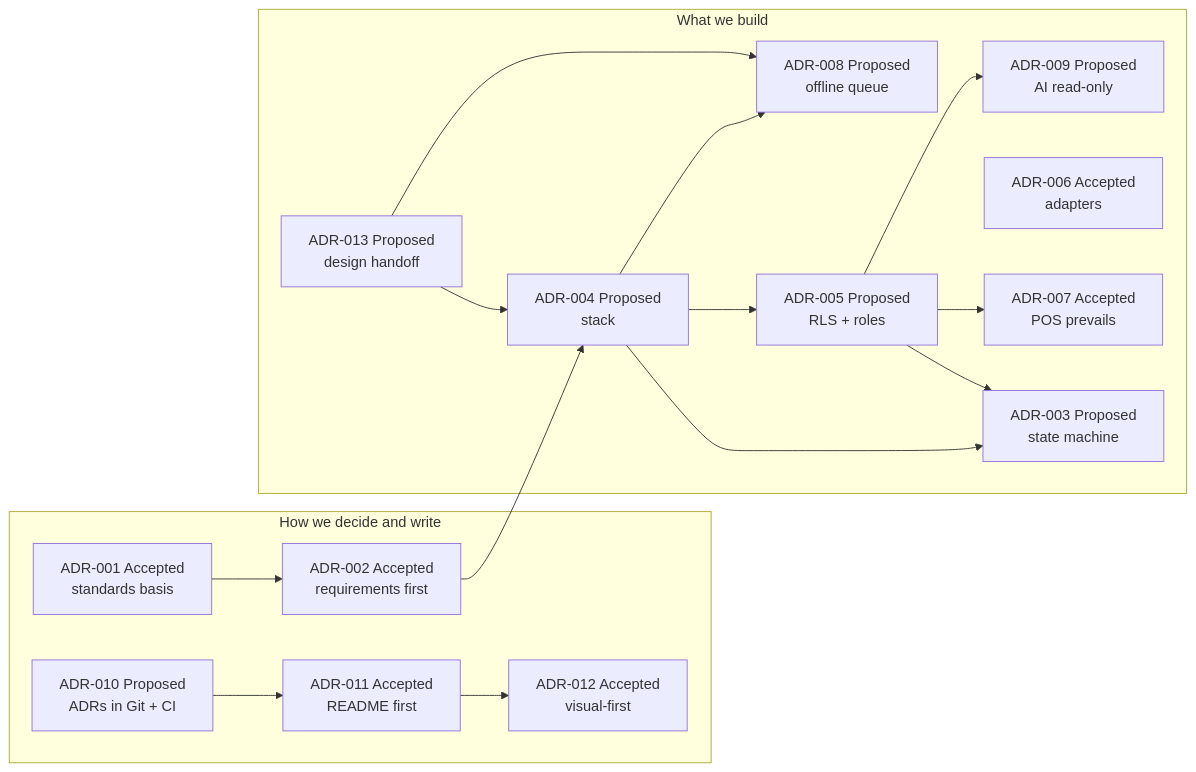
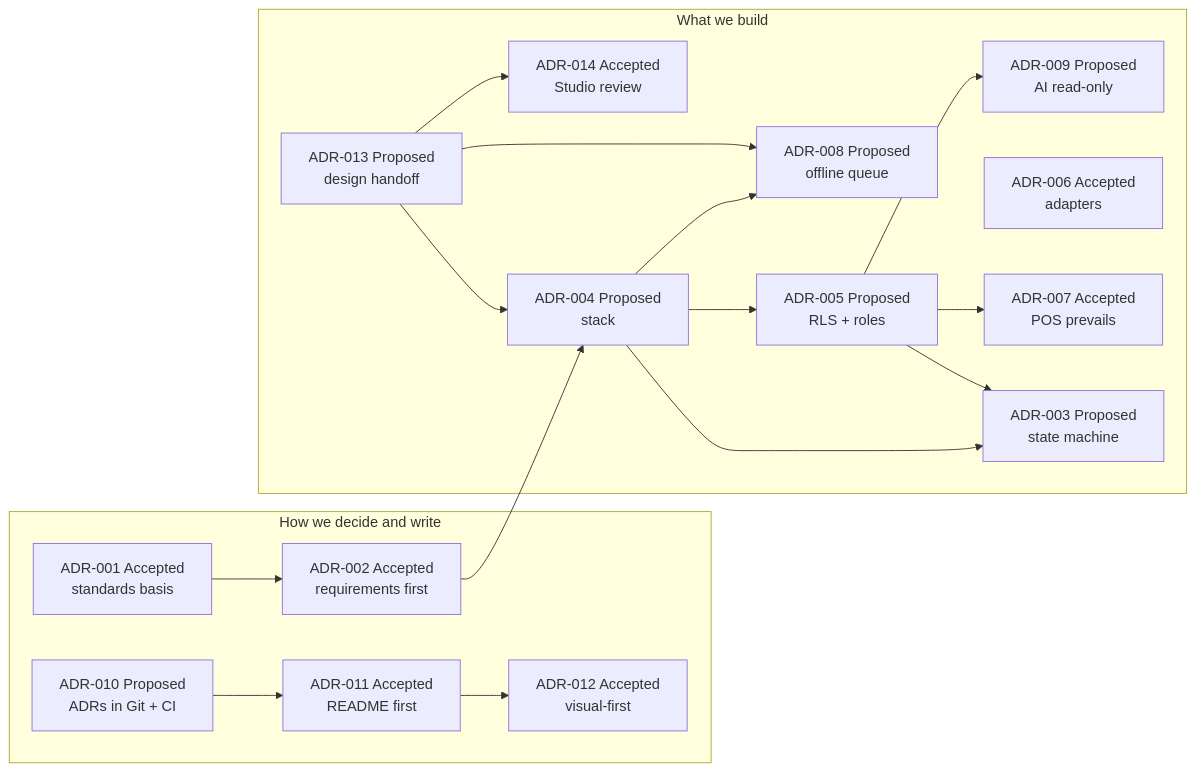
One commit to LOOPAPPdev/ABAP-MANEGEMENT changed the second of 3 diagrams in clients/prj-01-cleansea/docs/architecture/README.md. Above: the diagram before and after it, drawn with Mermaid. The commit also changed other lines of this file and 36 other files, not shown here.

````diff
--- a/clients/prj-01-cleansea/docs/architecture/README.md
+++ b/clients/prj-01-cleansea/docs/architecture/README.md
@@ -76,32 +77,34 @@
 ```mermaid
 flowchart LR
   accTitle: Dependencies between the ADRs
   accDescr: Process ADRs 001, 002, 010, 011 and 012 govern how decisions are written. ADR-004 sets the stack. ADRs 003, 005, 006, 007, 008, 009 and 013 depend on it or on each other.
   subgraph PROCESS["How we decide and write"]
     A1["ADR-001 Accepted<br/>standards basis"]
     A2["ADR-002 Accepted<br/>requirements first"]
     A10["ADR-010 Proposed<br/>ADRs in Git + CI"]
     A11["ADR-011 Accepted<br/>README first"]
     A12["ADR-012 Accepted<br/>visual-first"]
   end
   subgraph SYSTEM["What we build"]
     A4["ADR-004 Proposed<br/>stack"]
     A3["ADR-003 Proposed<br/>state machine"]
     A5["ADR-005 Proposed<br/>RLS + roles"]
     A6["ADR-006 Accepted<br/>adapters"]
     A7["ADR-007 Accepted<br/>POS prevails"]
     A8["ADR-008 Proposed<br/>offline queue"]
     A9["ADR-009 Proposed<br/>AI read-only"]
     A13["ADR-013 Proposed<br/>design handoff"]
+    A14["ADR-014 Accepted<br/>Studio review"]
   end
   A1 --> A2 --> A4
   A10 --> A11 --> A12
   A4 --> A3
   A4 --> A5
   A4 --> A8
   A13 --> A4
   A5 --> A3
   A5 --> A7
   A5 --> A9
   A13 --> A8
+  A13 --> A14
 ```
````
